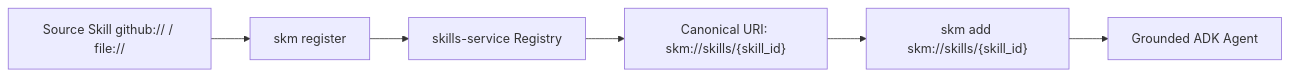
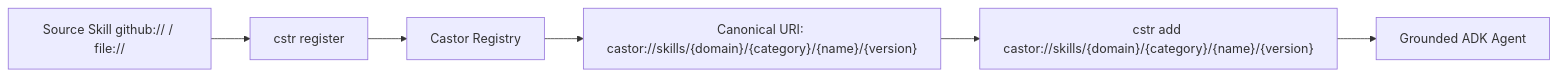
Before and after one commit to retail-cortex/skills: the diagram in docs/content/examples/skills.md, drawn with Mermaid. The commit also changed other lines of this file and 90 other files, not shown here.

Commit message:
Refactor to Castor brand name for all products.

````diff
--- a/docs/content/examples/skills.md
+++ b/docs/content/examples/skills.md
@@ -16,8 +16,8 @@
 ```mermaid
 graph LR
-    A[Source Skill github:// / file://] --> B[skm register]
-    B --> C[skills-service Registry]
-    C --> D["Canonical URI: skm://skills/{skill_id}"]
-    D --> E["skm add skm://skills/{skill_id}"]
+    A[Source Skill github:// / file://] --> B[cstr register]
+    B --> C[Castor Registry]
+    C --> D["Canonical URI: castor://skills/{domain}/{category}/{name}/{version}"]
+    D --> E["cstr add castor://skills/{domain}/{category}/{name}/{version}"]
     E --> F[Grounded ADK Agent]
 ```
````
